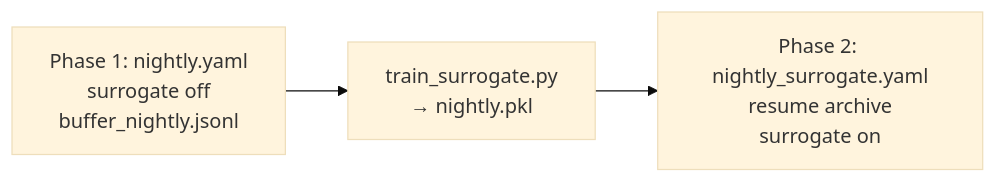
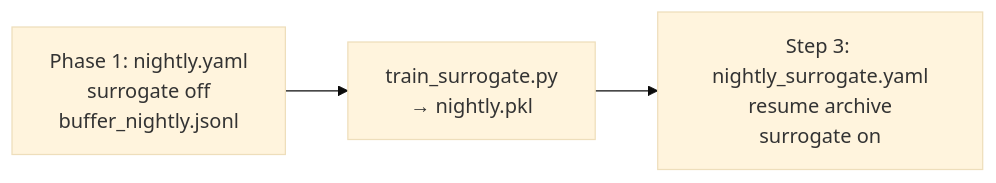
Before and after one commit to Starovoitov/LifeManifold: the tenth of 10 diagrams in docs/MAPELITES.md, drawn with Mermaid (base theme). The commit also changed 10 other files, not shown here.

````diff
--- a/docs/MAPELITES.md
+++ b/docs/MAPELITES.md
@@ -548,7 +548,7 @@
 ```mermaid
 flowchart LR
   P1["Phase 1: nightly.yaml\nsurrogate off\nbuffer_nightly.jsonl"]
   TR["train_surrogate.py\n→ nightly.pkl"]
-  P2["Phase 2: nightly_surrogate.yaml\nresume archive\nsurrogate on"]
-  P1 --> TR --> P2
+  SUR["Step 3: nightly_surrogate.yaml\nresume archive\nsurrogate on"]
+  P1 --> TR --> SUR
 ```
````
